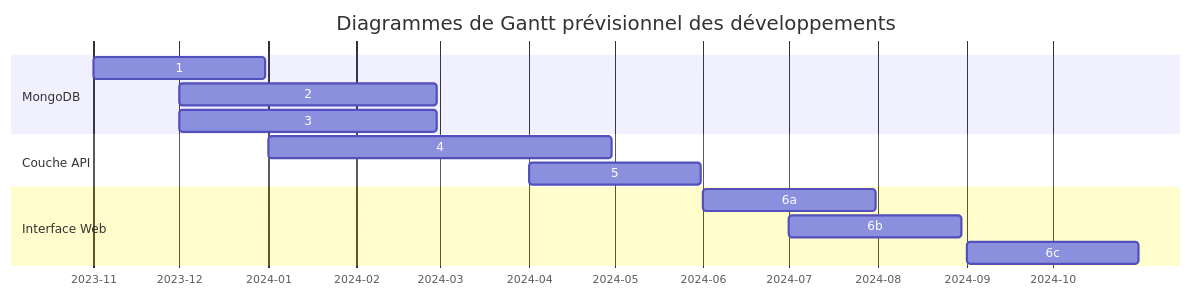
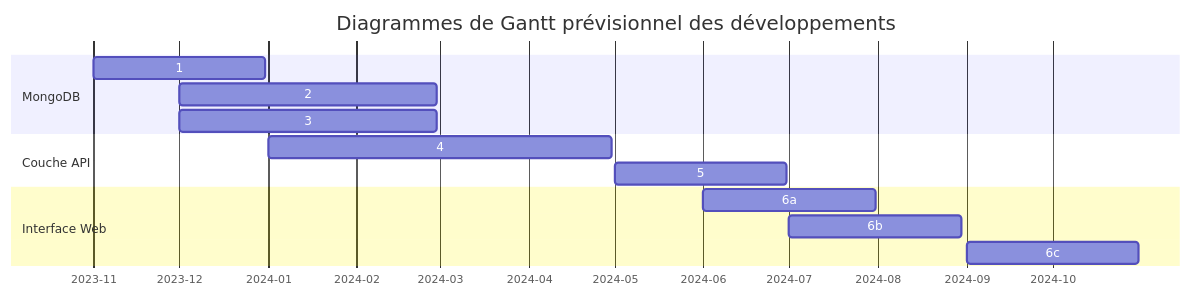
One commit to djacob65/maggot-mkdocs changed the diagram in docs/gant.md. Above: the diagram before and after it, drawn with Mermaid. The commit also changed 13 other files, not shown here.

````diff
--- a/docs/gant.md
+++ b/docs/gant.md
@@ -14,17 +14,17 @@
 ```mermaid
 gantt
     dateFormat YYYY-MM-DD
     axisFormat  %Y-%m
     title Diagrammes de Gantt prévisionnel des développements
     section MongoDB
        1: des1, 2023-11-01,60d
        2: des2, 2023-12-01,90d
        3: des3, 2023-12-01,90d
     section Couche API
        4: des4, 2024-01-01,120d
-       5: des5, 2024-04-01,60d
+       5: des5, 2024-05-01,60d
     section Interface Web
        6a: des6, 2024-06-01,60d
        6b: des7, 2024-07-01,60d
        6c: des8, 2024-09-01,60d
 ```
````
